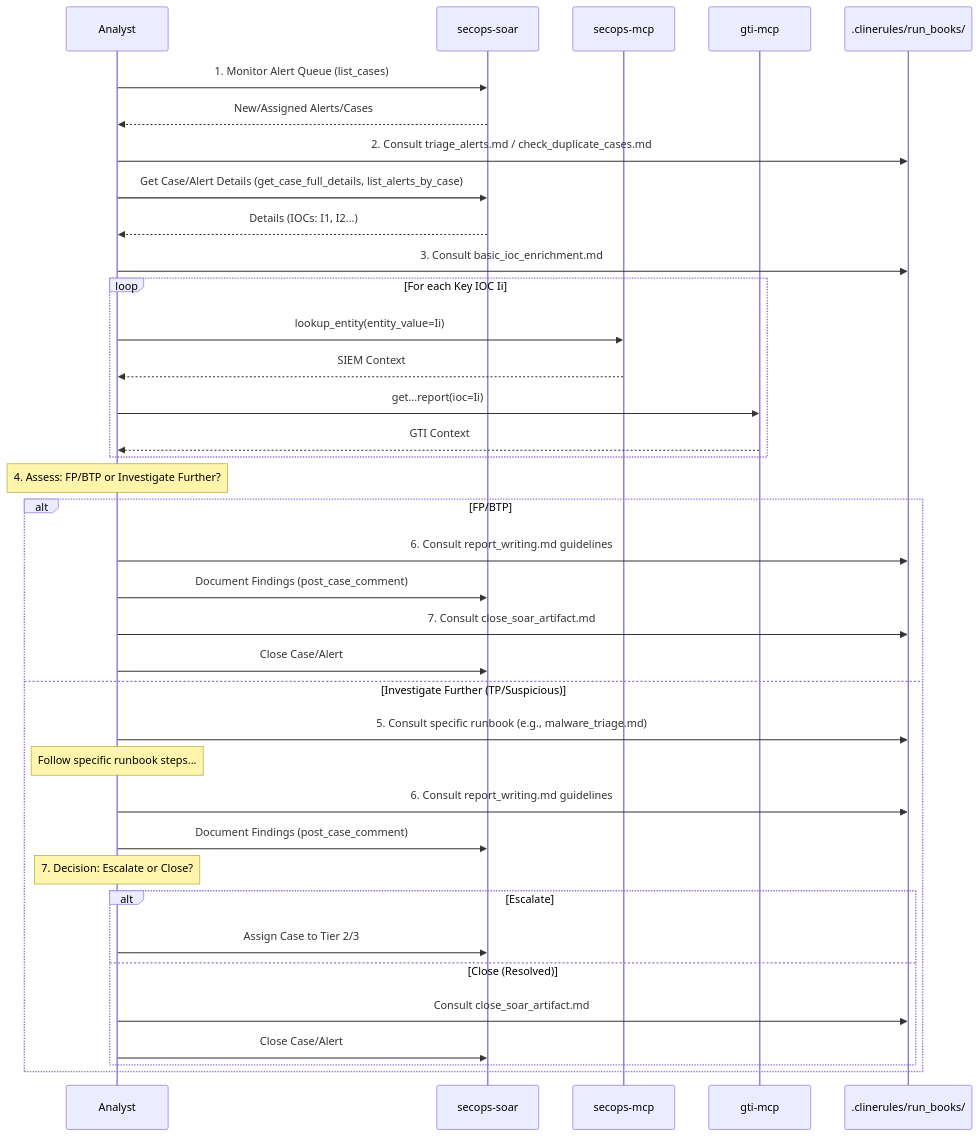
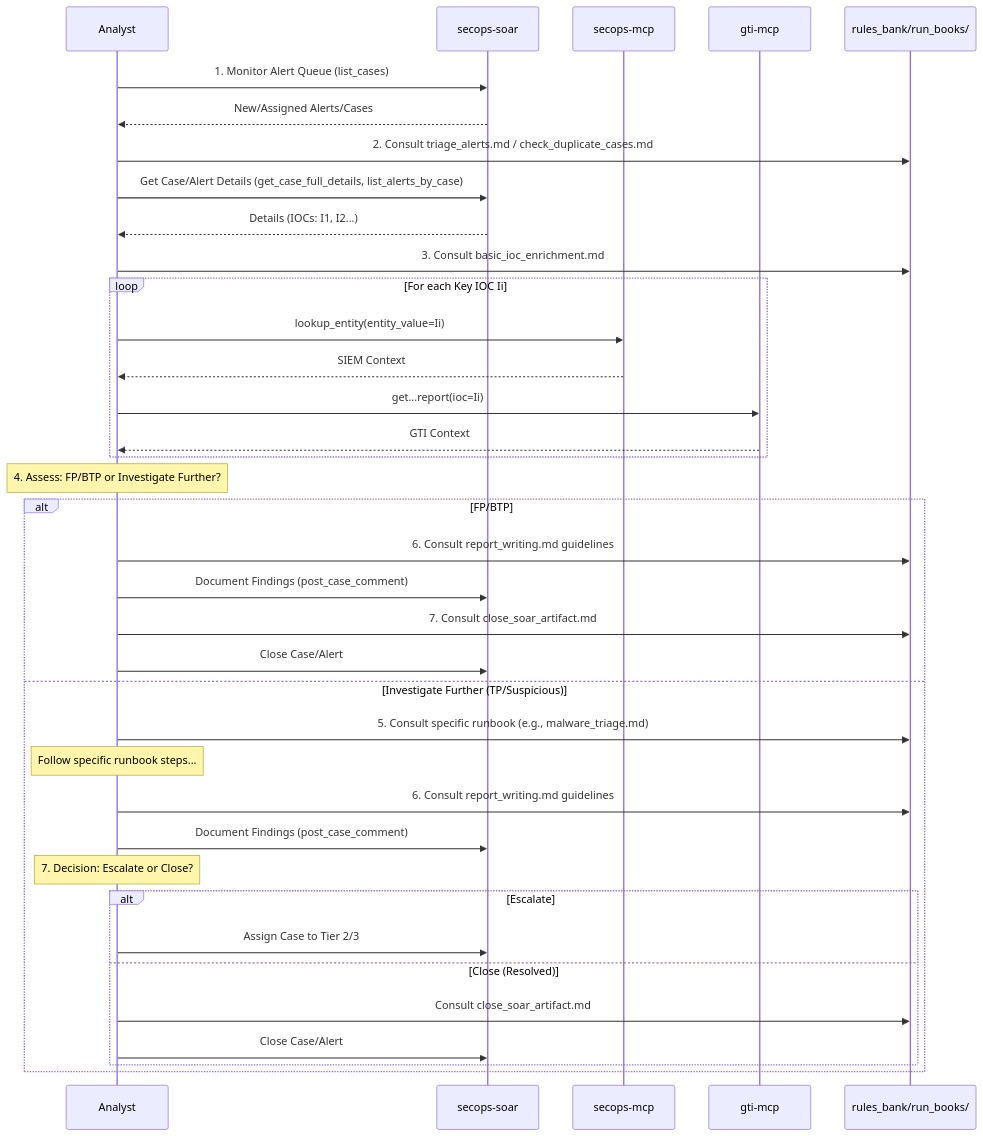
One commit to dandye/ai-runbooks changed the diagram in rules_bank/run_books/guidelines/soc_analyst_workflows.md. Above: the diagram before and after it, drawn with Mermaid. The commit also changed other lines of this file and 16 other files, not shown here.

````diff
--- a/rules_bank/run_books/guidelines/soc_analyst_workflows.md
+++ b/rules_bank/run_books/guidelines/soc_analyst_workflows.md
@@ -63,41 +63,41 @@
 ```mermaid
 sequenceDiagram
     participant Analyst
     participant SOAR as secops-soar
     participant SIEM as secops-mcp
     participant GTI as gti-mcp
-    participant Runbooks as .clinerules/run_books/
+    participant Runbooks as rules_bank/run_books/
 
     Analyst->>SOAR: 1. Monitor Alert Queue (list_cases)
     SOAR-->>Analyst: New/Assigned Alerts/Cases
     Analyst->>Runbooks: 2. Consult triage_alerts.md / check_duplicate_cases.md
     Analyst->>SOAR: Get Case/Alert Details (get_case_full_details, list_alerts_by_case)
     SOAR-->>Analyst: Details (IOCs: I1, I2...)
     Analyst->>Runbooks: 3. Consult basic_ioc_enrichment.md
     loop For each Key IOC Ii
         Analyst->>SIEM: lookup_entity(entity_value=Ii)
         SIEM-->>Analyst: SIEM Context
         Analyst->>GTI: get...report(ioc=Ii)
         GTI-->>Analyst: GTI Context
     end
     Note over Analyst: 4. Assess: FP/BTP or Investigate Further?
     alt FP/BTP
          Analyst->>Runbooks: 6. Consult report_writing.md guidelines
          Analyst->>SOAR: Document Findings (post_case_comment)
          Analyst->>Runbooks: 7. Consult close_soar_artifact.md
          Analyst->>SOAR: Close Case/Alert
     else Investigate Further (TP/Suspicious)
         Analyst->>Runbooks: 5. Consult specific runbook (e.g., malware_triage.md)
         Note over Analyst: Follow specific runbook steps...
         Analyst->>Runbooks: 6. Consult report_writing.md guidelines
         Analyst->>SOAR: Document Findings (post_case_comment)
         Note over Analyst: 7. Decision: Escalate or Close?
         alt Escalate
             Analyst->>SOAR: Assign Case to Tier 2/3
         else Close (Resolved)
             Analyst->>Runbooks: Consult close_soar_artifact.md
             Analyst->>SOAR: Close Case/Alert
         end
     end
 
 ```
````
